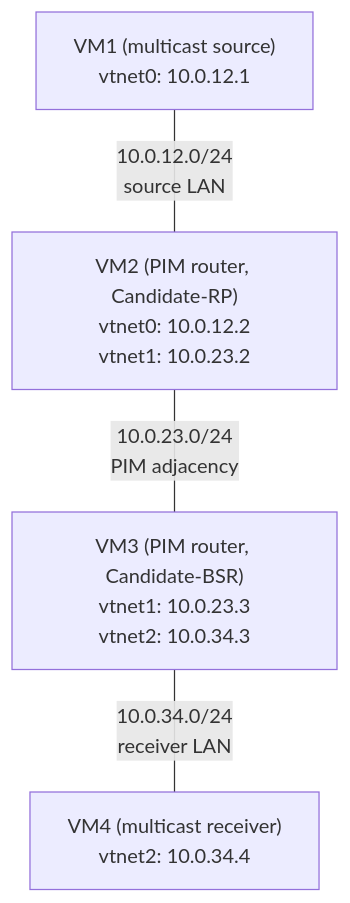
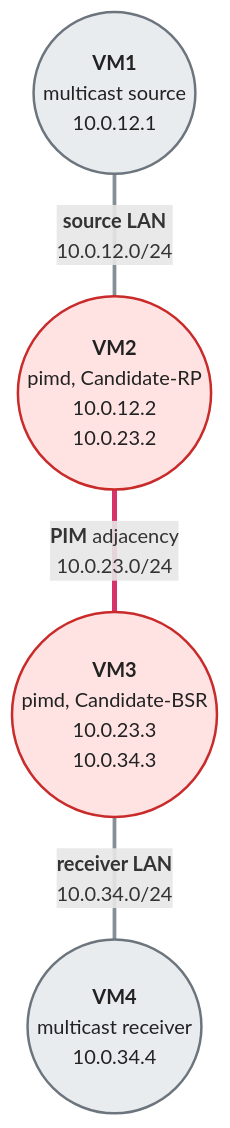
One commit to ocochard/bsdrp-website changed the diagram in docs/documentation/examples/multicast-with-pim-sm.md. Above: the diagram before and after it, drawn with Mermaid. The commit also changed 6 other files, not shown here.

First line of the commit message:
examples: one mermaid style for every lab diagram

````diff
--- a/docs/documentation/examples/multicast-with-pim-sm.md
+++ b/docs/documentation/examples/multicast-with-pim-sm.md
@@ -15,11 +15,21 @@
 ```mermaid
 flowchart TD
-    VM1["VM1 (multicast source)<br/>vtnet0: 10.0.12.1"]
-    VM2["VM2 (PIM router, Candidate-RP)<br/>vtnet0: 10.0.12.2<br/>vtnet1: 10.0.23.2"]
-    VM3["VM3 (PIM router, Candidate-BSR)<br/>vtnet1: 10.0.23.3<br/>vtnet2: 10.0.34.3"]
-    VM4["VM4 (multicast receiver)<br/>vtnet2: 10.0.34.4"]
+    VM1(("<b>VM1</b><br/>multicast source<br/>10.0.12.1"))
+    VM2(("<b>VM2</b><br/>pimd, Candidate-RP<br/>10.0.12.2<br/>10.0.23.2"))
+    VM3(("<b>VM3</b><br/>pimd, Candidate-BSR<br/>10.0.23.3<br/>10.0.34.3"))
+    VM4(("<b>VM4</b><br/>multicast receiver<br/>10.0.34.4"))
 
-    VM1 ---|"10.0.12.0/24<br/>source LAN"| VM2
-    VM2 ---|"10.0.23.0/24<br/>PIM adjacency"| VM3
-    VM3 ---|"10.0.34.0/24<br/>receiver LAN"| VM4
+    VM1 ---|"<b>source LAN</b><br/>10.0.12.0/24"| VM2
+    VM2 ---|"<b>PIM</b> adjacency<br/>10.0.23.0/24"| VM3
+    VM3 ---|"<b>receiver LAN</b><br/>10.0.34.0/24"| VM4
+
+    classDef frr fill:#fde2c4,stroke:#d9480f,stroke-width:2px,color:#222
+    classDef bird fill:#d0e4f7,stroke:#1c5fa8,stroke-width:2px,color:#222
+    classDef router fill:#ffe3e3,stroke:#c92a2a,stroke-width:2px,color:#222
+    classDef host fill:#e9ecef,stroke:#6c757d,stroke-width:2px,color:#222
+    class VM1,VM4 host
+    class VM2,VM3 router
+
+    linkStyle 0,2 stroke:#868e96,stroke-width:3px
+    linkStyle 1 stroke:#d6336c,stroke-width:4px
 ```
````
